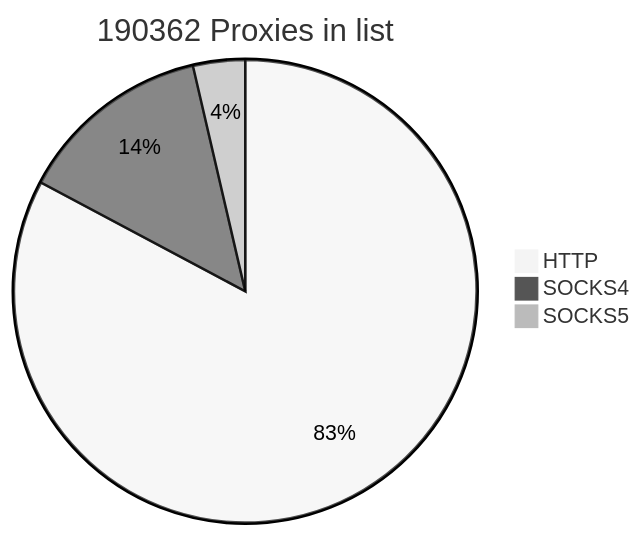
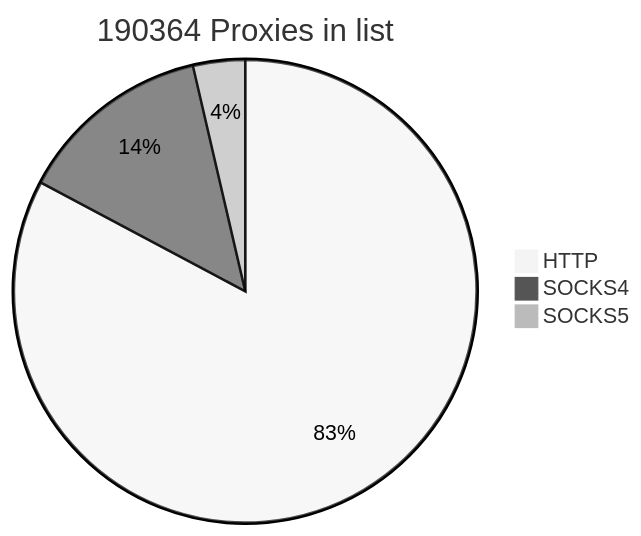
One commit to cutipu/proxylist changed the first of 2 diagrams in README.md. Above: the diagram before and after it, drawn with Mermaid (neutral theme). The commit also changed other lines of this file, not shown here.

````diff
--- a/README.md
+++ b/README.md
@@ -2,7 +2,7 @@
 ```mermaid
-pie title 190362 Proxies in list
+pie title 190364 Proxies in list
     "HTTP" : 157589
-    "SOCKS4" : 25860
-    "SOCKS5" : 6913
+    "SOCKS4" : 25861
+    "SOCKS5" : 6914
             
 ```
````
